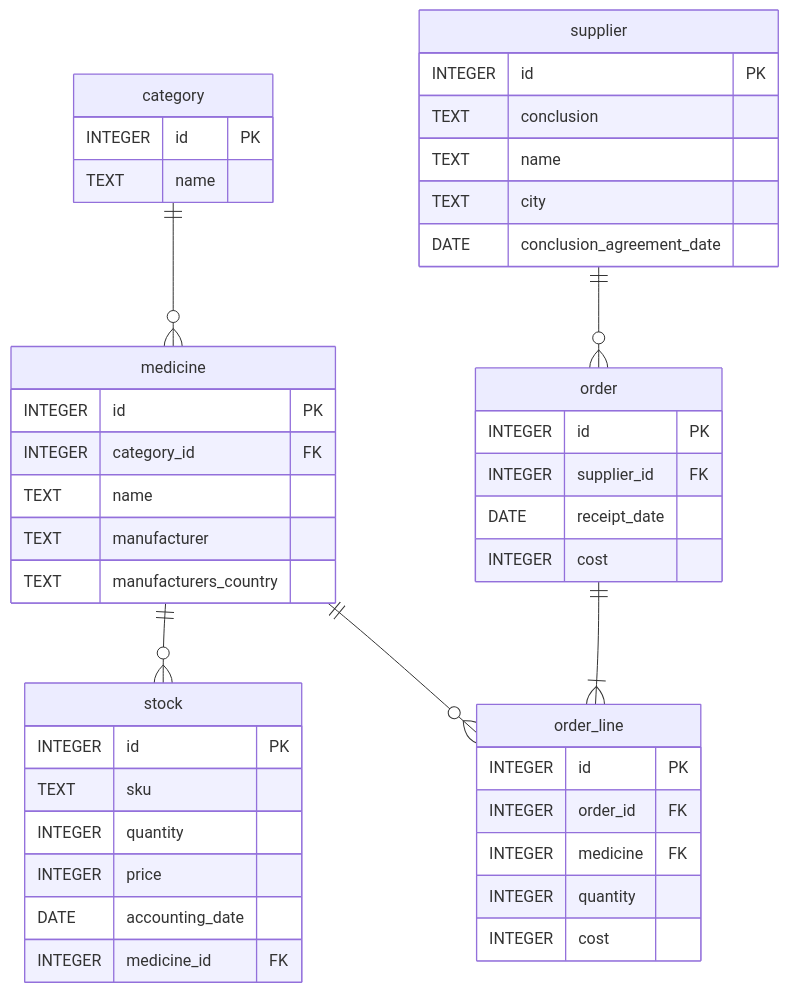
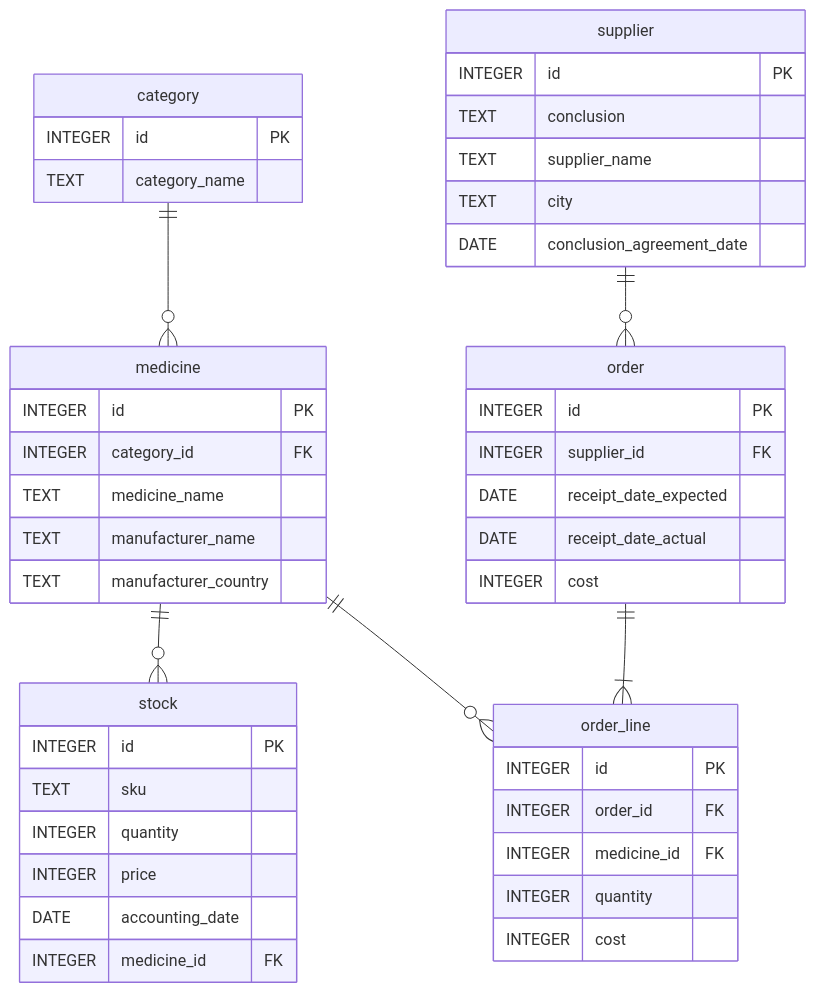
Before and after one commit to KEI3AB/database_university_course: the diagram in seminar/normalized/relations.md, drawn with Mermaid. The commit also changed 1 other file, not shown here.

Commit message:
Внес правки в инфологическую модель. Написал скрипт инициализации БД.

````diff
--- a/seminar/normalized/relations.md
+++ b/seminar/normalized/relations.md
@@ -1,57 +1,57 @@
 ```mermaid
 erDiagram
     category {
         INTEGER id PK
-        TEXT name
+        TEXT category_name
     }
 
     medicine {
         INTEGER id PK
         INTEGER category_id FK
-        TEXT name
-        TEXT manufacturer
-        TEXT manufacturers_country
+        TEXT medicine_name
+        TEXT manufacturer_name
+        TEXT manufacturer_country
+    }
 
+    supplier {
+        INTEGER id PK
+        TEXT conclusion
+        TEXT supplier_name
+        TEXT city
+        DATE conclusion_agreement_date
+    }
+
+    order {
+        INTEGER id PK
+        INTEGER supplier_id FK
+        DATE receipt_date_expected
+        DATE receipt_date_actual
+        INTEGER cost
+    }
+
+    order_line {
+        INTEGER id PK
+        INTEGER order_id FK
+        INTEGER medicine_id FK
+        INTEGER quantity
+        INTEGER cost
     }
 
     stock {
         INTEGER id PK
         TEXT sku
         INTEGER quantity
         INTEGER price
         DATE accounting_date
         INTEGER medicine_id FK
     }
 
-    supplier {
-        INTEGER id PK
-        TEXT conclusion
-        TEXT name
-        TEXT city
-        DATE conclusion_agreement_date
-    }
-
-    order {
-        INTEGER id PK
-        INTEGER supplier_id FK
-        DATE receipt_date
-        INTEGER cost
-    }
-
-    order_line {
-        INTEGER id PK
-        INTEGER order_id FK
-        INTEGER medicine FK
-        INTEGER quantity
-        INTEGER cost
-    }
-
     category ||--o{ medicine: ""
 
     medicine ||--o{ stock: ""
     medicine ||--o{ order_line: ""
 
     supplier ||--o{ order: ""
 
     order ||--|{ order_line: ""
 ```
````
